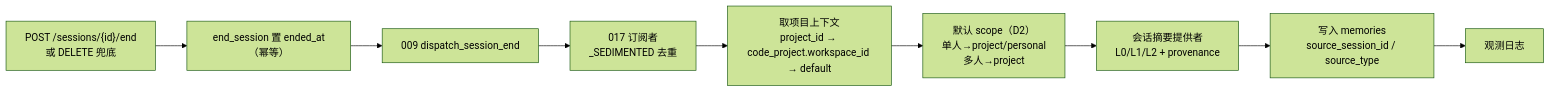
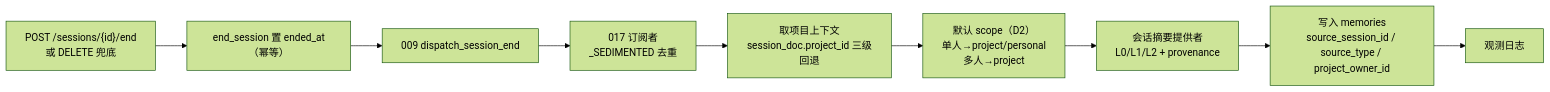
One commit to cooper2006/mogo changed the second of 5 diagrams in specs/017-three-scope-memory/design-2026-11-05-project-department-scopes.md. Above: the diagram before and after it, drawn with Mermaid (forest theme). The commit also changed other lines of this file and 2 other files, not shown here.

````diff
--- a/specs/017-three-scope-memory/design-2026-11-05-project-department-scopes.md
+++ b/specs/017-three-scope-memory/design-2026-11-05-project-department-scopes.md
@@ -342,11 +440,11 @@
 ```mermaid
 flowchart LR
   A["POST /sessions/{id}/end<br/>或 DELETE 兜底"] --> B["end_session 置 ended_at（幂等）"]
   B --> C["009 dispatch_session_end"]
   C --> D["017 订阅者<br/>_SEDIMENTED 去重"]
-  D --> E["取项目上下文<br/>project_id → code_project.workspace_id → default"]
+  D --> E["取项目上下文<br/>session_doc.project_id 三级回退"]
   E --> F["默认 scope（D2）<br/>单人→project/personal<br/>多人→project"]
   F --> G["会话摘要提供者<br/>L0/L1/L2 + provenance"]
-  G --> H["写入 memories<br/>source_session_id / source_type"]
+  G --> H["写入 memories<br/>source_session_id / source_type / project_owner_id"]
   H --> I["观测日志"]
 ```
````
